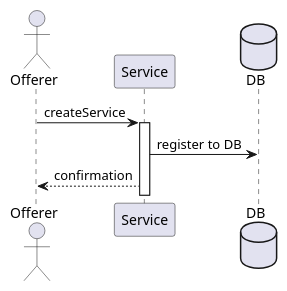
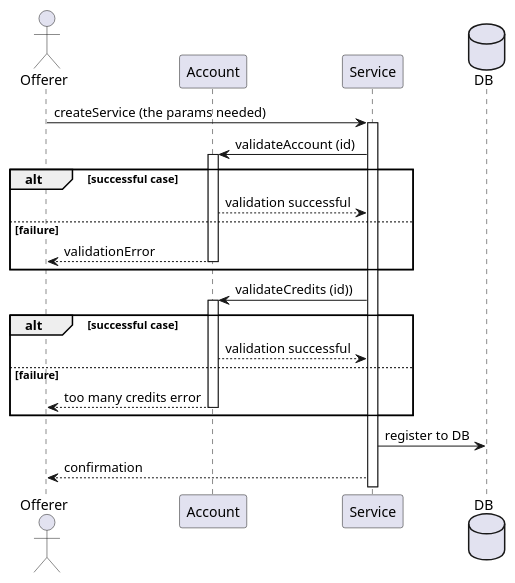
One commit to ZDenizYStenhaug/swe573-Project changed the diagram in sequenceDiagramCreatingService.puml. Above: the diagram before and after it, drawn with PlantUML. The commit also changed 5 other files, not shown here.

```diff
--- a/sequenceDiagramCreatingService.puml
+++ b/sequenceDiagramCreatingService.puml
@@ -1,18 +1,40 @@
 @startuml
 
 
 actor Offerer
+participant Account
 participant Service
 database DB
 
-Offerer -> Service: createService
+Offerer -> Service: createService (the params needed)
+
+
 activate Service
+
+Service -> Account: validateAccount (id)
+activate Account
+alt successful case
+    Account --> Service: validation successful
+else failure
+    Account --> Offerer: validationError
+deactivate Account
+end
+
+
+Service -> Account: validateCredits (id))
+activate Account
+alt successful case
+    Account --> Service: validation successful
+else failure
+    Account --> Offerer: too many credits error
+deactivate Account
+end
 
 Service -> DB: register to DB
 
 Service --> Offerer : confirmation
 
 
 
 
 @enduml
```
